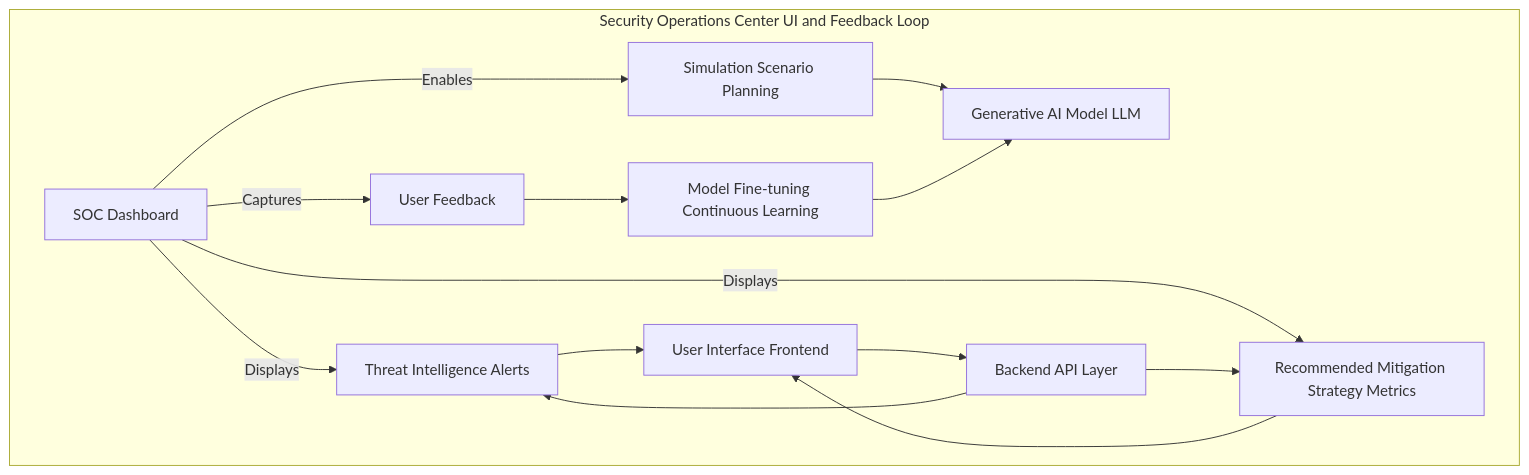
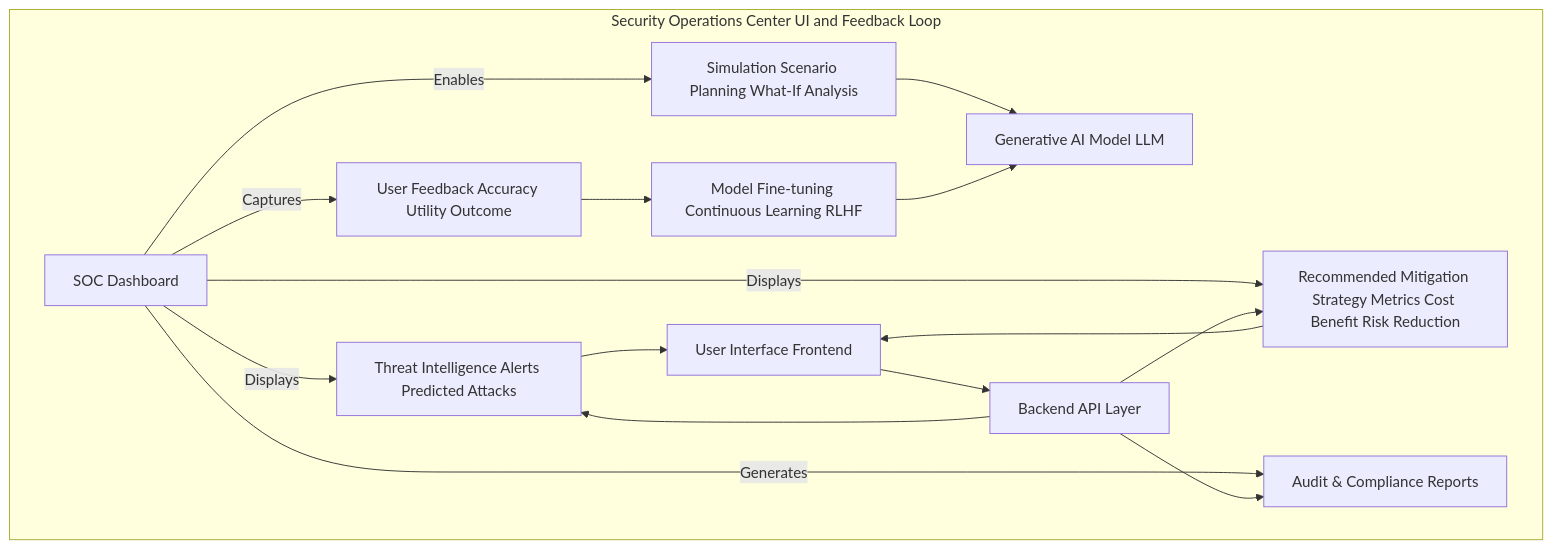
One commit to diplomat-bit/Citibank_Demo_Business_Inc_Demonstration- changed the sixth of 10 diagrams in inventions/inventions/026_predictive_cyber_threat_intelligence.md. Above: the diagram before and after it, drawn with Mermaid. The commit also changed other lines of this file, not shown here.

Commit message:
[AI] Edit: inventions/inventions/026_predictive_cyber_threat_intelligence.md

````diff
--- a/inventions/inventions/026_predictive_cyber_threat_intelligence.md
+++ b/inventions/inventions/026_predictive_cyber_threat_intelligence.md
@@ -210,17 +233,19 @@
 ```mermaid
 graph TD
     subgraph Security Operations Center UI and Feedback Loop
-        UDASH[SOC Dashboard] -- Displays --> TIA[Threat Intelligence Alerts]
-        UDASH -- Displays --> RSMS[Recommended Mitigation Strategy Metrics]
-        UDASH -- Enables --> SSP[Simulation Scenario Planning]
-        UDASH -- Captures --> UFB[User Feedback]
+        UDASH[SOC Dashboard] -- Displays --> TIA[Threat Intelligence Alerts Predicted Attacks]
+        UDASH -- Displays --> RSMS[Recommended Mitigation Strategy Metrics Cost Benefit Risk Reduction]
+        UDASH -- Enables --> SSP[Simulation Scenario Planning What-If Analysis]
+        UDASH -- Captures --> UFB[User Feedback Accuracy Utility Outcome]
+        UDASH -- Generates --> ACR[Audit & Compliance Reports]
 
         TIA & RSMS --> UI_FE[User Interface Frontend]
         SSP --> GAI_LLM[Generative AI Model LLM]
-        UFB --> MODEL_FT[Model Fine-tuning Continuous Learning]
+        UFB --> MODEL_FT[Model Fine-tuning Continuous Learning RLHF]
         MODEL_FT --> GAI_LLM
         UI_FE --> API_LAYER[Backend API Layer]
         API_LAYER --> TIA
         API_LAYER --> RSMS
+        API_LAYER --> ACR
     end
 ```
````
